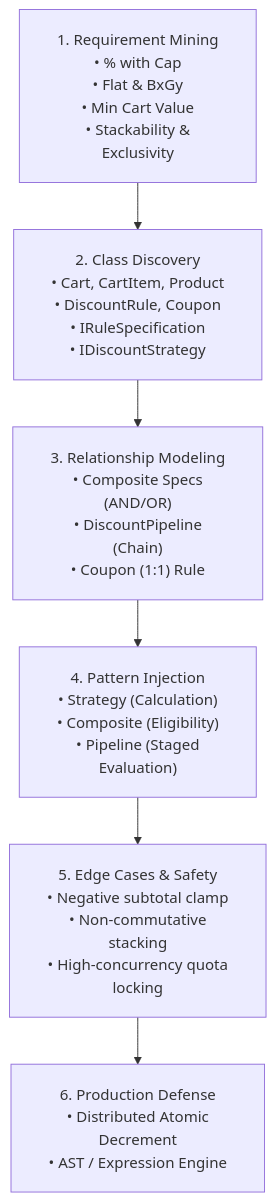
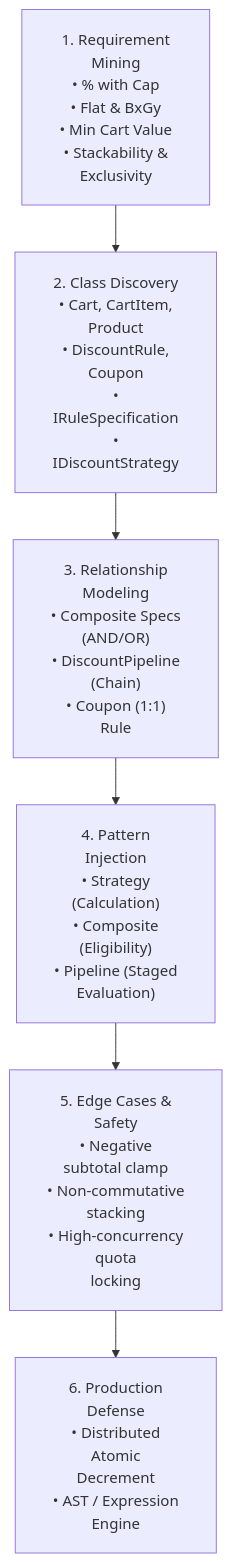
Before and after one commit to dip4k/DSA_102: the first of 2 diagrams in LLD/02_Tier2_Classic_LLD/25_Coupon_and_Discount_Engine.md, drawn with Mermaid. The commit also changed 106 other files, not shown here.

First line of the commit message:
fix(mermaid): prevent text clipping with foreignObject overflow and tighter line wrapping

````diff
--- a/LLD/02_Tier2_Classic_LLD/25_Coupon_and_Discount_Engine.md
+++ b/LLD/02_Tier2_Classic_LLD/25_Coupon_and_Discount_Engine.md
@@ -34,9 +34,9 @@
 ```mermaid
-%%{init: {"flowchart": {"htmlLabels": true, "padding": 20}}}%%
+%%{init: {"flowchart": {"htmlLabels": true, "padding": 20}, "themeCSS": "foreignObject { overflow: visible !important; }"}}%%
 flowchart TD
-    A["1. Requirement Mining<br/>• % with Cap<br/>• Flat & BxGy<br/>• Min Cart Value<br/>• Stackability &<br/>Exclusivity"] --> B["2. Class Discovery<br/>• Cart, CartItem, Product<br/>• DiscountRule, Coupon<br/>• IRuleSpecification<br/>• IDiscountStrategy"]
-    B --> C["3. Relationship Modeling<br/>• Composite Specs<br/>(AND/OR)<br/>• DiscountPipeline<br/>(Chain)<br/>• Coupon (1:1) Rule"]
-    C --> D["4. Pattern Injection<br/>• Strategy (Calculation)<br/>• Composite (Eligibility)<br/>• Pipeline (Staged<br/>Evaluation)"]
-    D --> E["5. Edge Cases & Safety<br/>• Negative subtotal clamp<br/>• Non-commutative<br/>stacking<br/>• High-concurrency quota<br/>locking"]
-    E --> F["6. Production Defense<br/>• Distributed Atomic<br/>Decrement<br/>• AST / Expression Engine"]
+    A["1. Requirement<br/>Mining<br/>• % with Cap<br/>• Flat & BxGy<br/>• Min Cart Value<br/>• Stackability &<br/>Exclusivity"] --> B["2. Class Discovery<br/>• Cart, CartItem,<br/>Product<br/>• DiscountRule,<br/>Coupon<br/>•<br/>IRuleSpecification<br/>•<br/>IDiscountStrategy"]
+    B --> C["3. Relationship<br/>Modeling<br/>• Composite Specs<br/>(AND/OR)<br/>• DiscountPipeline<br/>(Chain)<br/>• Coupon (1:1)<br/>Rule"]
+    C --> D["4. Pattern<br/>Injection<br/>• Strategy<br/>(Calculation)<br/>• Composite<br/>(Eligibility)<br/>• Pipeline (Staged<br/>Evaluation)"]
+    D --> E["5. Edge Cases &<br/>Safety<br/>• Negative<br/>subtotal clamp<br/>• Non-commutative<br/>stacking<br/>• High-concurrency<br/>quota<br/>locking"]
+    E --> F["6. Production<br/>Defense<br/>• Distributed<br/>Atomic<br/>Decrement<br/>• AST / Expression<br/>Engine"]
 ```
````
